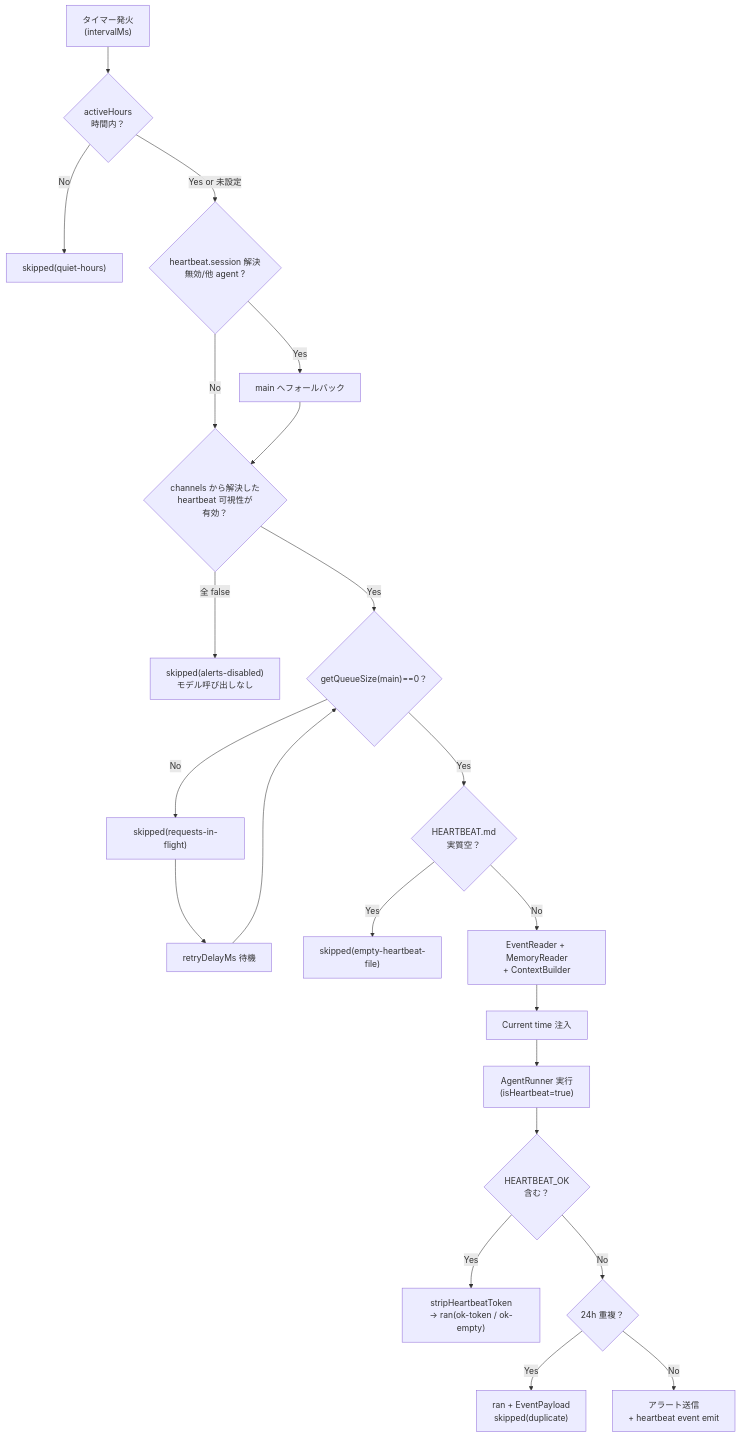
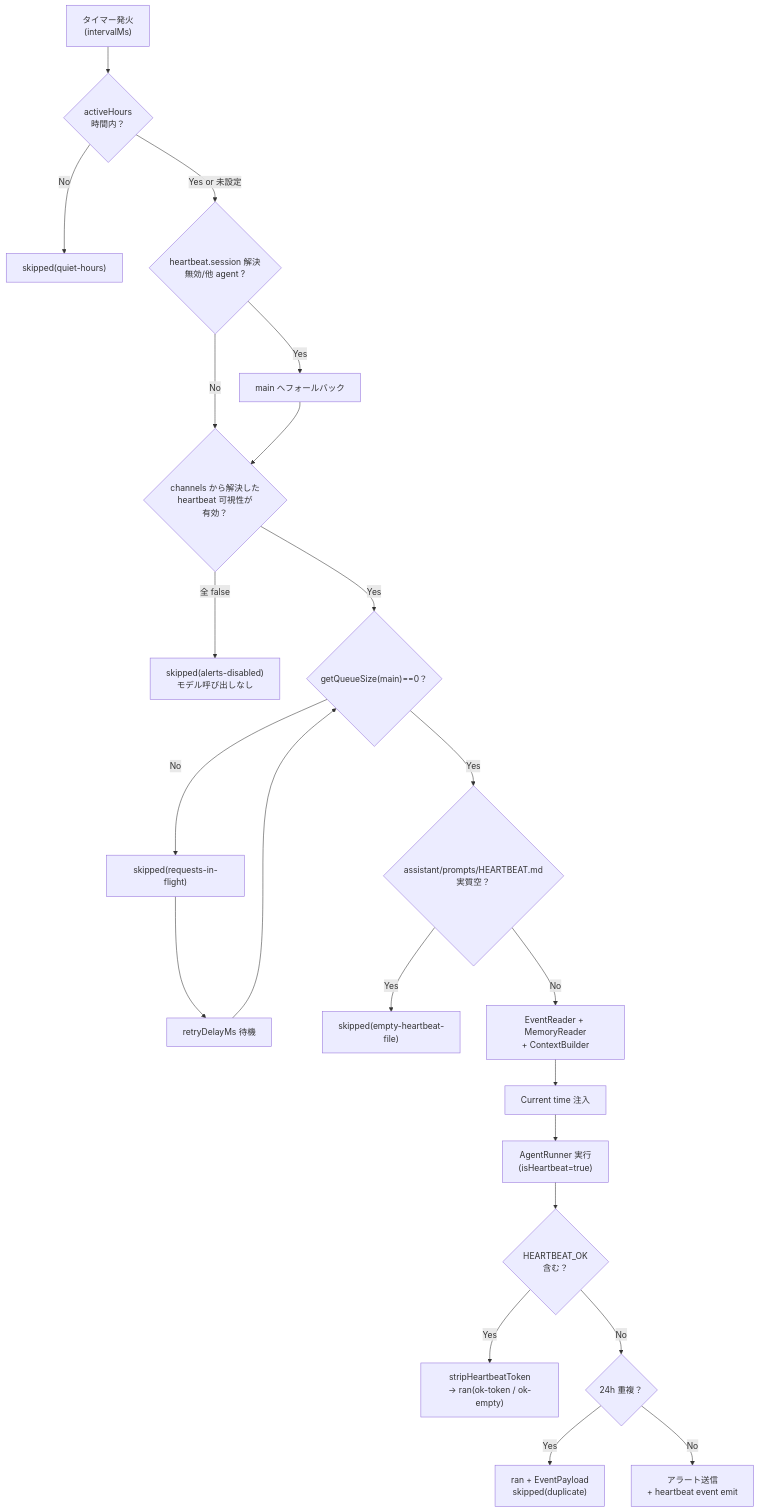
The fourth of 4 diagrams in doc/plan/260215-s02-ai-agent-heartbeat.md (masahide/adjutant), drawn with Mermaid before and after one commit. The commit also changed other lines of this file and 24 other files, not shown here.

````diff
--- a/doc/plan/260215-s02-ai-agent-heartbeat.md
+++ b/doc/plan/260215-s02-ai-agent-heartbeat.md
@@ -542,23 +542,23 @@
 ```mermaid
 flowchart TD
     A["タイマー発火<br/>(intervalMs)"] --> B{"activeHours<br/>時間内？"}
     B -->|No| C["skipped(quiet-hours)"]
     B -->|"Yes or 未設定"| X{"heartbeat.session 解決<br/>無効/他 agent ?"}
     X -->|Yes| X2["main へフォールバック"]
     X -->|No| D{"channels から解決した<br/>heartbeat 可視性が<br/>有効？"}
     X2 --> D
     D -->|全 false| E["skipped(alerts-disabled)<br/>モデル呼び出しなし"]
     D -->|Yes| H{"getQueueSize(main)==0？"}
     H -->|No| I["skipped(requests-in-flight)"]
     I --> K["retryDelayMs 待機"] --> H
-    H -->|Yes| M{"HEARTBEAT.md<br/>実質空？"}
+    H -->|Yes| M{"assistant/prompts/HEARTBEAT.md<br/>実質空？"}
     M -->|Yes| N["skipped(empty-heartbeat-file)"]
     M -->|No| O["EventReader + MemoryReader<br/>+ ContextBuilder"]
     O --> P["Current time 注入"]
     P --> Q["AgentRunner 実行<br/>(isHeartbeat=true)"]
     Q --> R{"HEARTBEAT_OK<br/>含む？"}
     R -->|Yes| S["stripHeartbeatToken<br/>→ ran(ok-token / ok-empty)"]
     R -->|No| T{"24h 重複？"}
     T -->|Yes| U["ran + EventPayload<br/>skipped(duplicate)"]
     T -->|No| V["アラート送信<br/>+ heartbeat event emit"]
 ```
````
